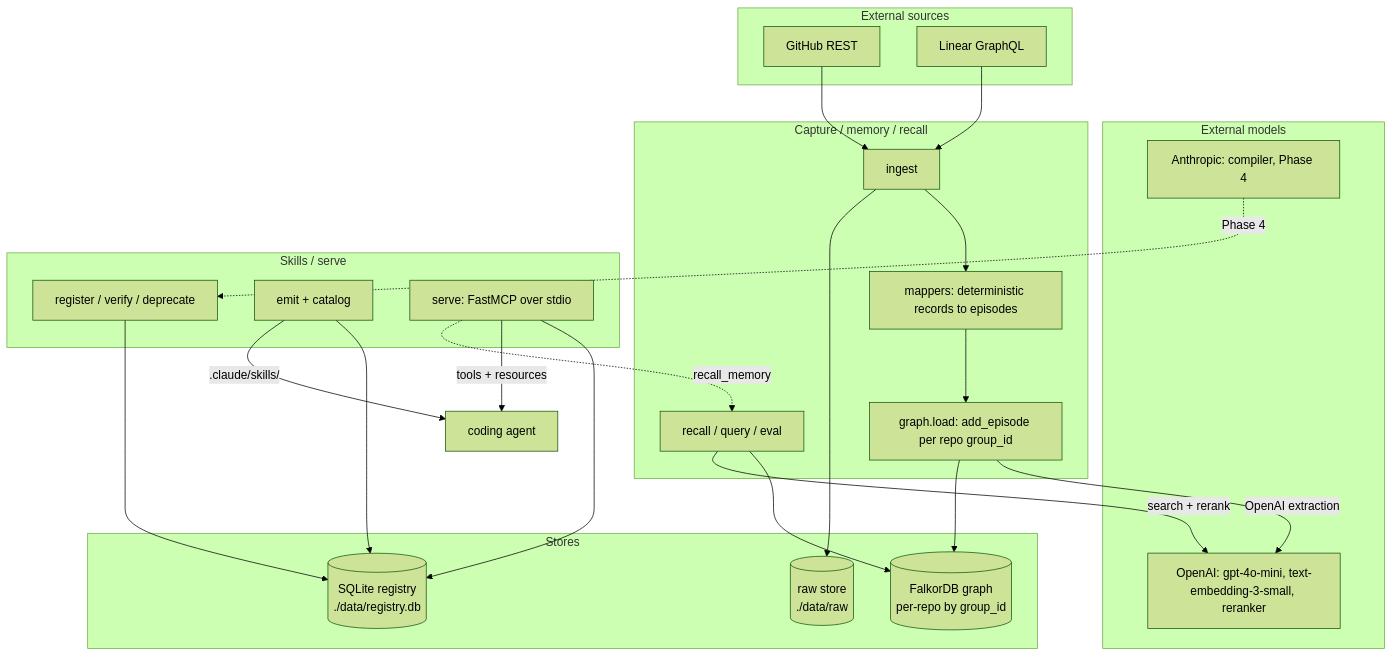
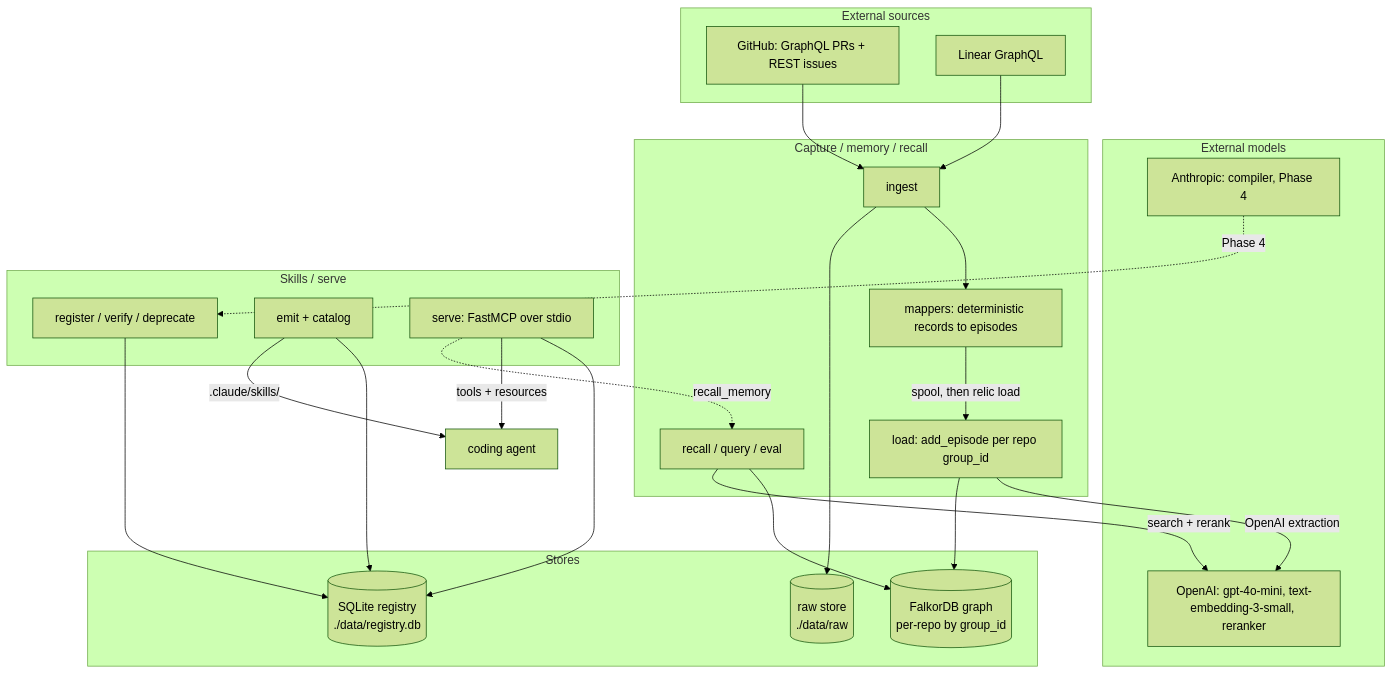
The diagram in docs/architecture.mdx (buildrelic/relic-core), drawn with Mermaid (forest theme) before and after one commit. The commit also changed other lines of this file and 16 other files, not shown here.

````diff
--- a/docs/architecture.mdx
+++ b/docs/architecture.mdx
@@ -64,50 +69,50 @@
 ```mermaid
 flowchart TB
     subgraph sources [External sources]
-        GH[GitHub REST]
+        GH[GitHub: GraphQL PRs + REST issues]
         LN[Linear GraphQL]
     end
 
     subgraph models [External models]
         OAI[OpenAI: gpt-4o-mini, text-embedding-3-small, reranker]
         ANT[Anthropic: compiler, Phase 4]
     end
 
     subgraph capture [Capture / memory / recall]
         ING[ingest]
         MAP[mappers: deterministic records to episodes]
-        LOAD[graph.load: add_episode per repo group_id]
+        LOAD[load: add_episode per repo group_id]
         REC[recall / query / eval]
     end
 
     subgraph stores [Stores]
         FALKOR[(FalkorDB graph<br/>per-repo by group_id)]
         RAW[(raw store<br/>./data/raw)]
         REG[(SQLite registry<br/>./data/registry.db)]
     end
 
     subgraph serve [Skills / serve]
         LIFE[register / verify / deprecate]
         EMIT[emit + catalog]
         MCP[serve: FastMCP over stdio]
     end
 
     AGENT[coding agent]
 
     GH --> ING
     LN --> ING
-    ING --> MAP --> LOAD
+    ING --> MAP -->|spool, then relic load| LOAD
     ING --> RAW
     LOAD -->|OpenAI extraction| OAI
     LOAD --> FALKOR
     REC --> FALKOR
     REC -->|search + rerank| OAI
 
     LIFE --> REG
     EMIT --> REG
     MCP --> REG
     EMIT -->|.claude/skills/| AGENT
     MCP -->|tools + resources| AGENT
     MCP -. recall_memory .-> REC
     ANT -.->|Phase 4| LIFE
 ```
````
